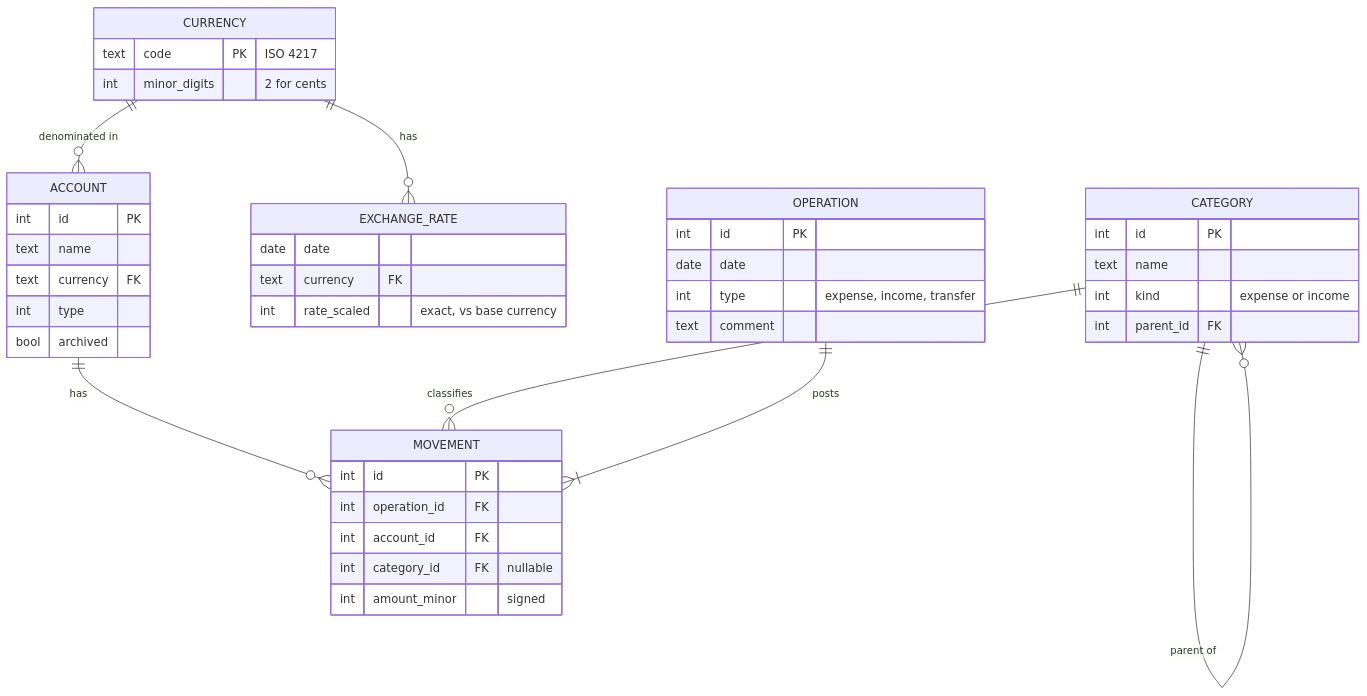
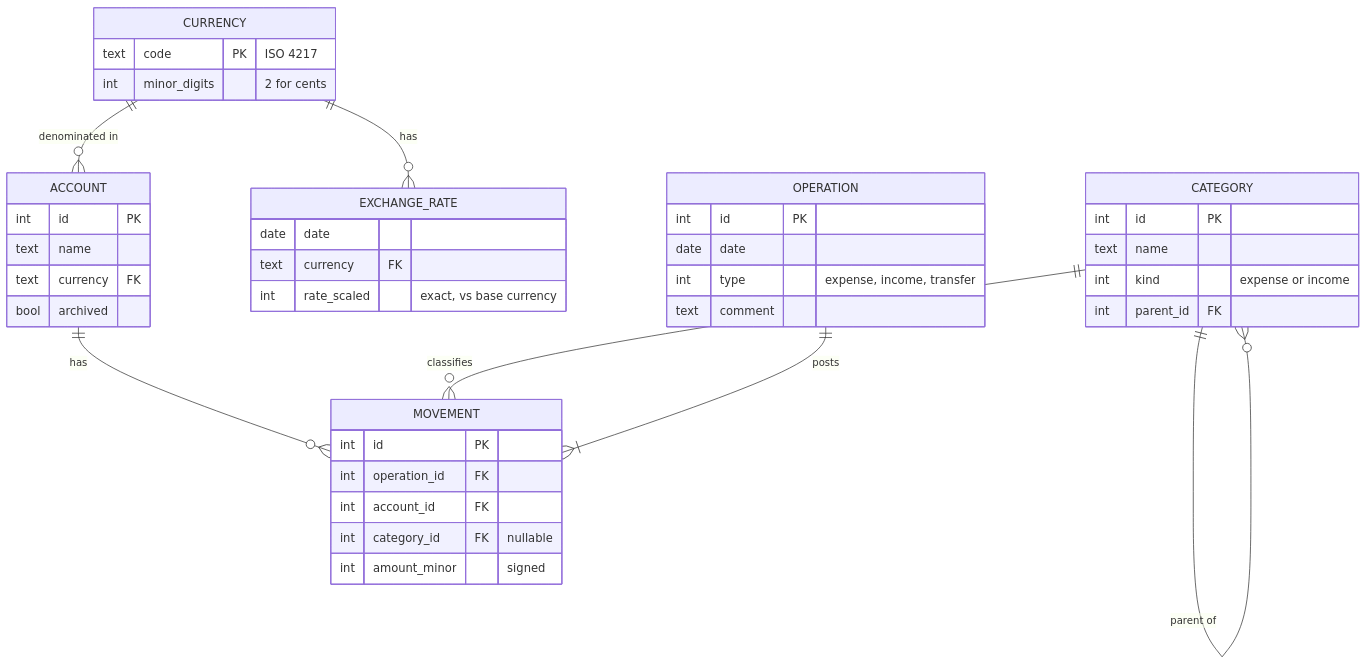
Before and after one commit to RomantsovS/MyMoneyCPP: the second of 2 diagrams in docs/PROJECT_PLAN.md, drawn with Mermaid. The commit also changed other lines of this file and 41 other files, not shown here.

````diff
--- a/docs/PROJECT_PLAN.md
+++ b/docs/PROJECT_PLAN.md
@@ -180,16 +182,16 @@
 ```mermaid
 erDiagram
     CURRENCY  ||--o{ ACCOUNT       : "denominated in"
     CURRENCY  ||--o{ EXCHANGE_RATE : "has"
     ACCOUNT   ||--o{ MOVEMENT      : "has"
     CATEGORY  ||--o{ MOVEMENT      : "classifies"
     CATEGORY  ||--o{ CATEGORY      : "parent of"
     OPERATION ||--|{ MOVEMENT      : "posts"
 
     CURRENCY      { text code PK "ISO 4217" int minor_digits "2 for cents" }
-    ACCOUNT       { int id PK  text name  text currency FK  int type  bool archived }
+    ACCOUNT       { int id PK  text name  text currency FK  bool archived }
     CATEGORY      { int id PK  text name  int kind "expense or income"  int parent_id FK }
     OPERATION     { int id PK  date date  int type "expense, income, transfer"  text comment }
     MOVEMENT      { int id PK  int operation_id FK  int account_id FK  int category_id FK "nullable"  int amount_minor "signed" }
     EXCHANGE_RATE { date date  text currency FK  int rate_scaled "exact, vs base currency" }
 ```
````
